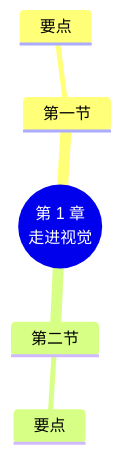
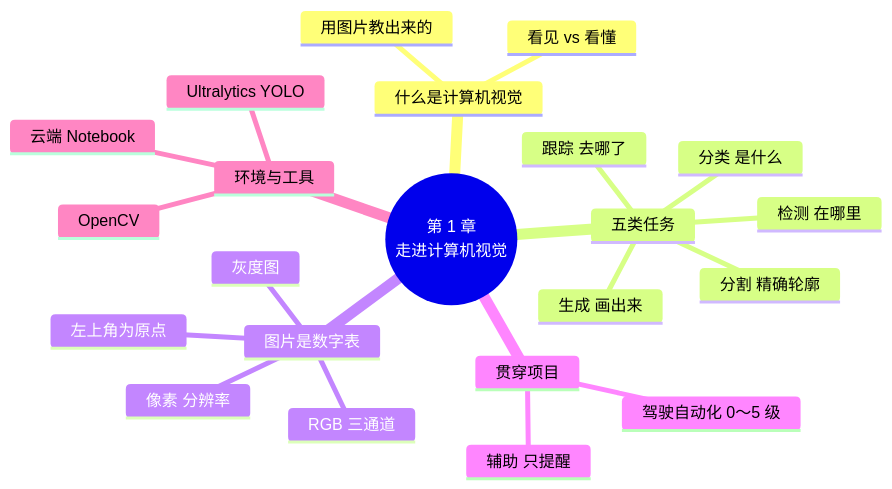
Before and after one commit to MingziFu9/cv-textbook: the third of 3 diagrams in docs/chapters/01-intro/index.md, drawn with Mermaid. The commit also changed other lines of this file and 25 other files, not shown here.

````diff
--- a/docs/chapters/01-intro/index.md
+++ b/docs/chapters/01-intro/index.md
@@ -227,8 +721,25 @@
 ```mermaid
 mindmap
-  root((第 1 章<br/>走进视觉))
-    第一节
-      要点
-    第二节
-      要点
+  root((第 1 章<br/>走进计算机视觉))
+    什么是计算机视觉
+      看见 vs 看懂
+      用图片教出来的
+    五类任务
+      分类 是什么
+      检测 在哪里
+      分割 精确轮廓
+      跟踪 去哪了
+      生成 画出来
+    图片是数字表
+      像素 分辨率
+      RGB 三通道
+      灰度图
+      左上角为原点
+    贯穿项目
+      驾驶自动化 0～5 级
+      辅助 只提醒
+    环境与工具
+      云端 Notebook
+      OpenCV
+      Ultralytics YOLO
 ```
````
